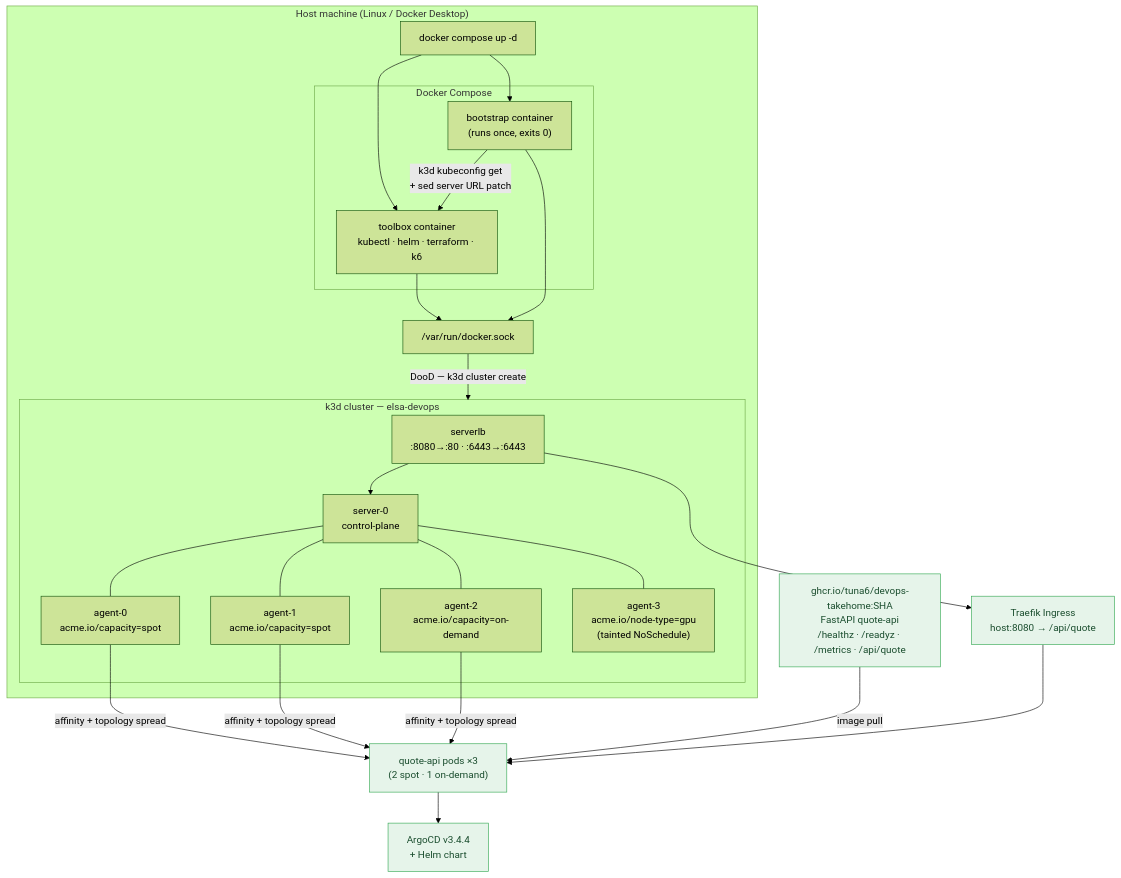
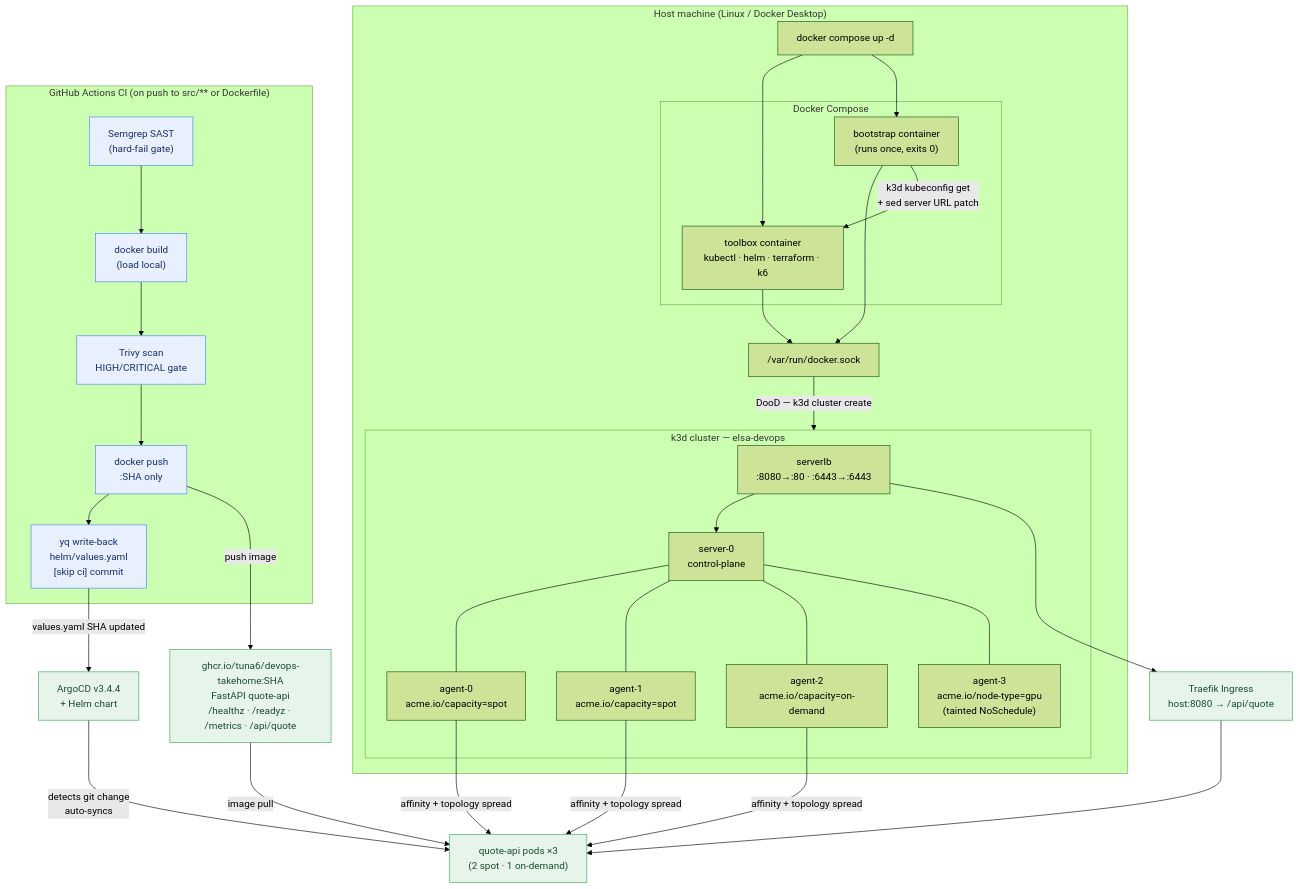
The diagram in README.md (tuna6/devops-takehome), drawn with Mermaid (forest theme) before and after one commit. The commit also changed other lines of this file and 2 other files, not shown here.

Commit message:
chore: update document

````diff
--- a/README.md
+++ b/README.md
@@ -17,41 +17,55 @@
 ```mermaid
 flowchart TD
     subgraph Host["Host machine (Linux / Docker Desktop)"]
         DC["docker compose up -d"]
 
         subgraph Compose["Docker Compose"]
             TB["toolbox container\nkubectl · helm · terraform · k6"]
             BS["bootstrap container\n(runs once, exits 0)"]
         end
 
         DS["/var/run/docker.sock"]
 
         subgraph K3D["k3d cluster — elsa-devops"]
             LB["serverlb\n:8080→:80 · :6443→:6443"]
             S0["server-0\ncontrol-plane"]
             A0["agent-0\nacme.io/capacity=spot"]
             A1["agent-1\nacme.io/capacity=spot"]
             A2["agent-2\nacme.io/capacity=on-demand"]
             A3["agent-3\nacme.io/node-type=gpu\n(tainted NoSchedule)"]
         end
     end
 
     DC --> TB
     DC --> BS
     TB & BS --> DS
     DS -->|"DooD — k3d cluster create"| K3D
     BS -->|"k3d kubeconfig get\n+ sed server URL patch"| TB
     LB --> S0
     S0 --- A0 & A1 & A2 & A3
 
     classDef built fill:#e6f4ea,stroke:#34a853,color:#1a4d2e
+    classDef ci fill:#e8f0fe,stroke:#4285f4,color:#1a2d6e
+
+    subgraph CI["GitHub Actions CI (on push to src/** or Dockerfile)"]
+        SG["Semgrep SAST\n(hard-fail gate)"]:::ci
+        BUILD["docker build\n(load local)"]:::ci
+        TV["Trivy scan\nHIGH/CRITICAL gate"]:::ci
+        PUSH["docker push\n:SHA only"]:::ci
+        WB["yq write-back\nhelm/values.yaml\n[skip ci] commit"]:::ci
+        SG --> BUILD --> TV --> PUSH --> WB
+    end
+
     GHCR["ghcr.io/tuna6/devops-takehome:SHA\nFastAPI quote-api\n/healthz · /readyz · /metrics · /api/quote"]:::built
     ARGO["ArgoCD v3.4.4\n+ Helm chart"]:::built
     APP["quote-api pods ×3\n(2 spot · 1 on-demand)"]:::built
     INGRESS["Traefik Ingress\nhost:8080 → /api/quote"]:::built
+
+    PUSH -->|"push image"| GHCR
+    WB -->|"values.yaml SHA updated"| ARGO
+    ARGO -->|"detects git change\nauto-syncs"| APP
     A0 & A1 & A2 -->|"affinity + topology spread"| APP:::built
-    APP --> ARGO:::built
     GHCR -->|"image pull"| APP:::built
     LB --> INGRESS:::built
     INGRESS --> APP
 ```
````
